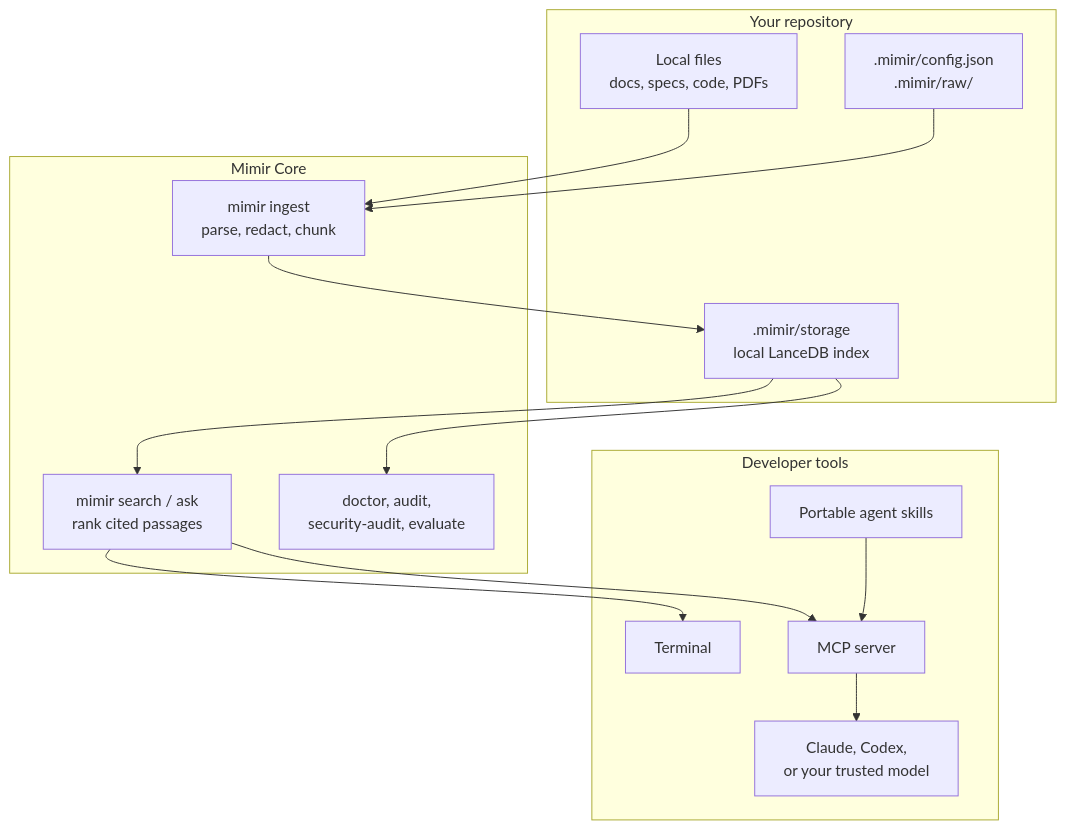
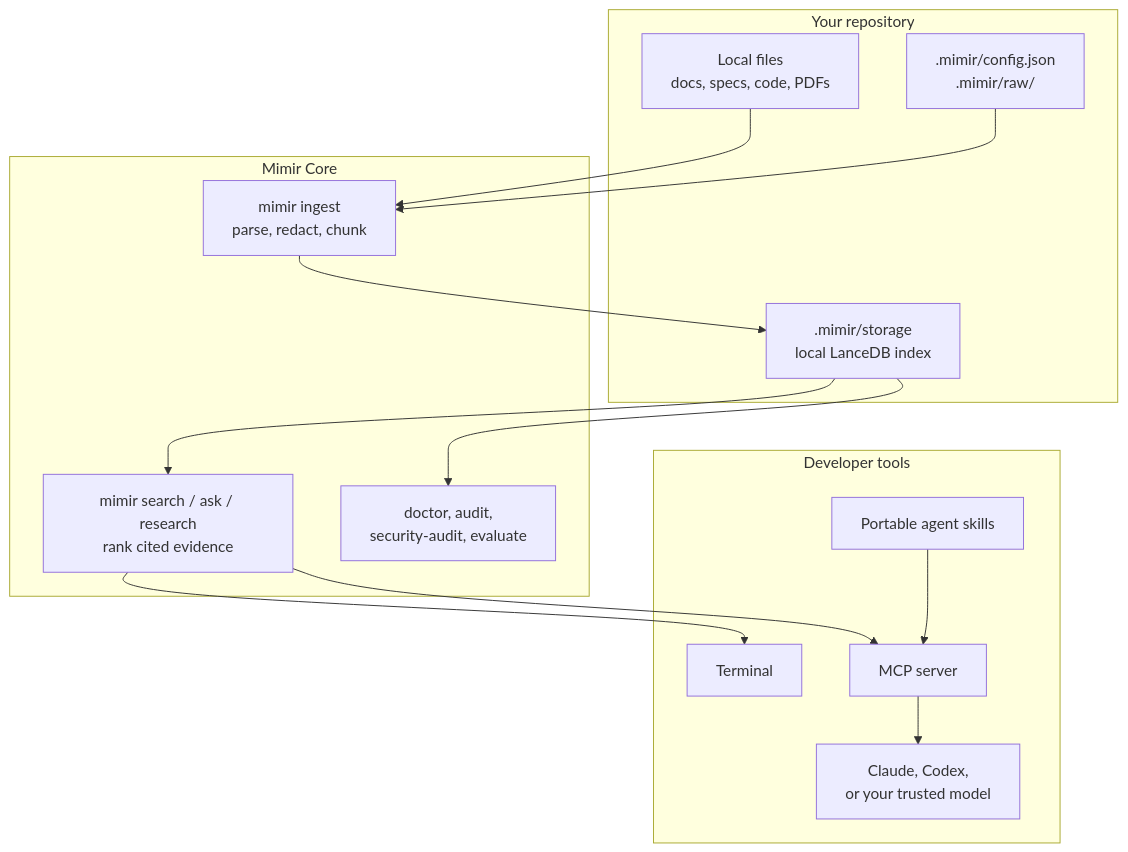
One commit to jcode-works/jcode-knowledge-base changed the diagram in README.md. Above: the diagram before and after it, drawn with Mermaid. The commit also changed other lines of this file and 66 other files, not shown here.

````diff
--- a/README.md
+++ b/README.md
@@ -47,31 +48,31 @@
 ```mermaid
 flowchart TD
   subgraph Workspace["Your repository"]
     Docs["Local files<br/>docs, specs, code, PDFs"]
     Config[".mimir/config.json<br/>.mimir/raw/"]
     Index[".mimir/storage<br/>local LanceDB index"]
   end
 
   subgraph Mimir["Mimir Core"]
     Ingest["mimir ingest<br/>parse, redact, chunk"]
-    Retrieve["mimir search / ask<br/>rank cited passages"]
+    Retrieve["mimir search / ask / research<br/>rank cited evidence"]
     Audit["doctor, audit,<br/>security-audit, evaluate"]
   end
 
   subgraph Agents["Developer tools"]
     CLI["Terminal"]
     MCP["MCP server"]
     Skills["Portable agent skills"]
     LLM["Claude, Codex,<br/>or your trusted model"]
   end
 
   Docs --> Ingest
   Config --> Ingest
   Ingest --> Index
   Index --> Retrieve
   Index --> Audit
   Retrieve --> CLI
   Retrieve --> MCP
   Skills --> MCP
   MCP --> LLM
 ```
````
